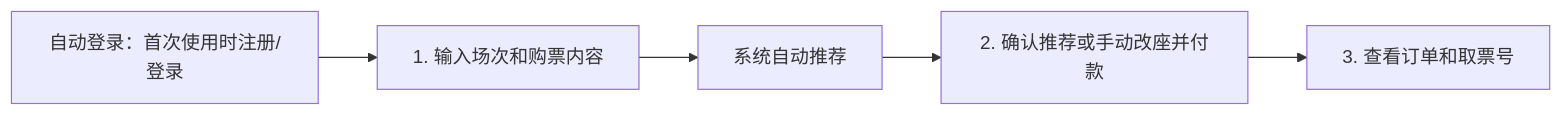
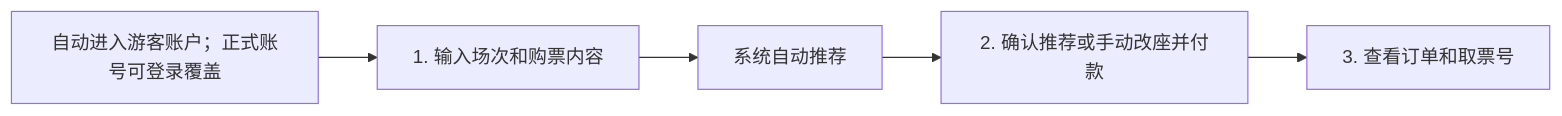
One commit to saguielowe/---1_SmartCinema changed the diagram in docs/user-flow.md. Above: the diagram before and after it, drawn with Mermaid. The commit also changed other lines of this file and 11 other files, not shown here.

````diff
--- a/docs/user-flow.md
+++ b/docs/user-flow.md
@@ -5,7 +5,7 @@
 ```mermaid
 flowchart LR
-    A[自动登录：首次使用时注册/登录] --> B[1. 输入场次和购票内容]
+    A[自动进入游客账户；正式账号可登录覆盖] --> B[1. 输入场次和购票内容]
     B --> C[系统自动推荐]
     C --> D[2. 确认推荐或手动改座并付款]
     D --> E[3. 查看订单和取票号]
 ```
````
